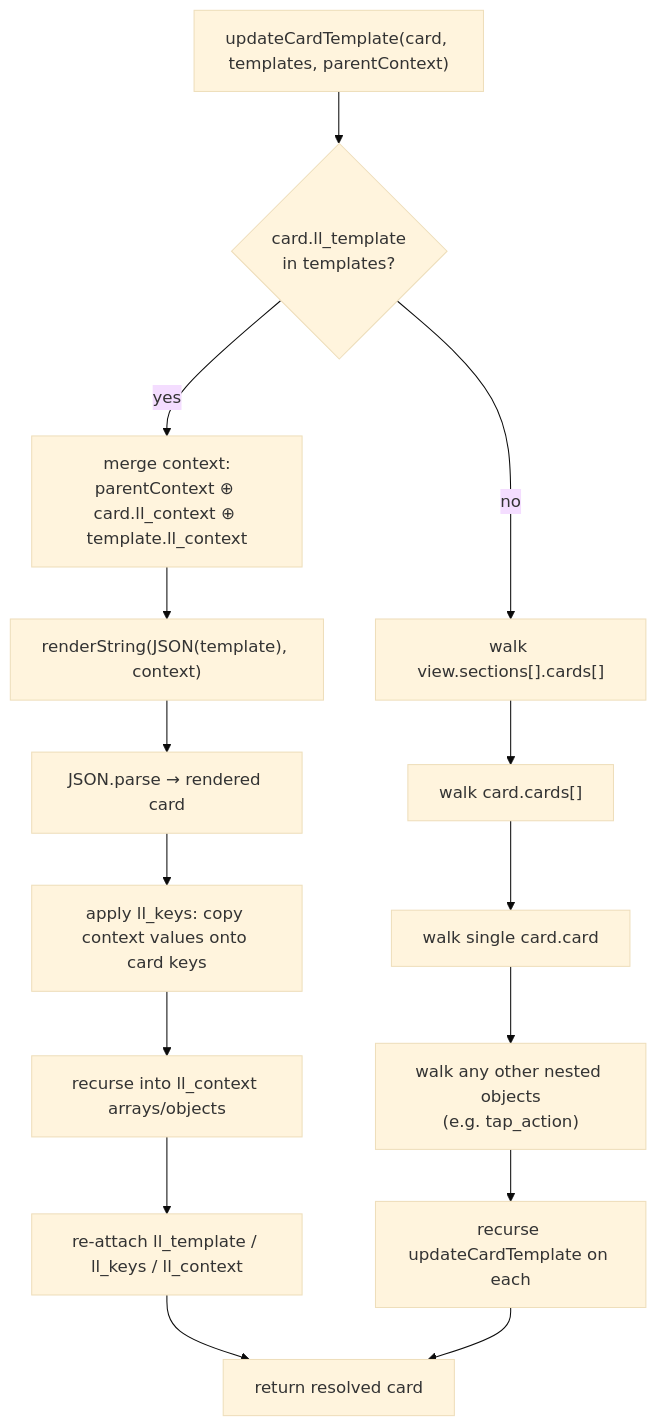
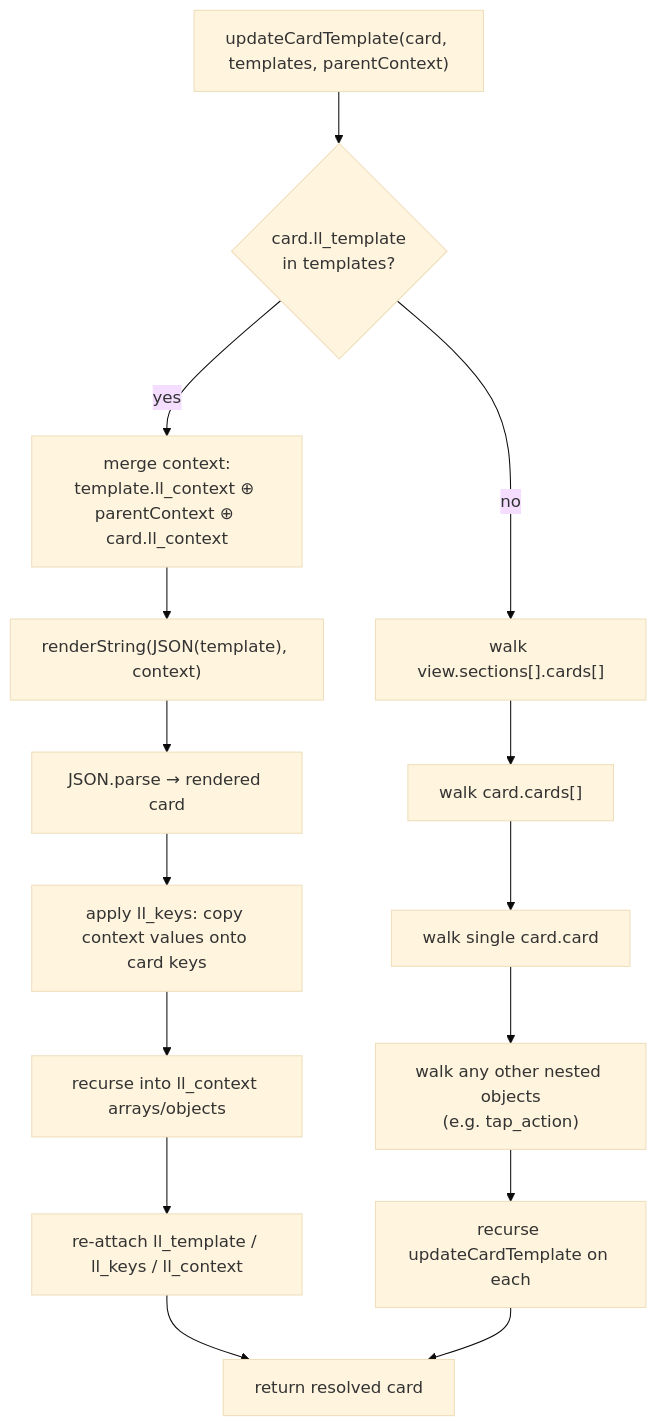
The sixth of 8 diagrams in docs_site/lifecycles.md (daredoes/linked-lovelace-ui), drawn with Mermaid (base theme) before and after one commit. The commit also changed other lines of this file and 41 other files, not shown here.

First line of the commit message:
feat: Retire the template card and warn about missing templates

````diff
--- a/docs_site/lifecycles.md
+++ b/docs_site/lifecycles.md
@@ -160,16 +159,16 @@
 ```mermaid
 flowchart TD
     A["updateCardTemplate(card, templates, parentContext)"] --> B{"card.ll_template<br/>in templates?"}
-    B -- yes --> C["merge context:<br/>parentContext ⊕ card.ll_context ⊕ template.ll_context"]
+    B -- yes --> C["merge context:<br/>template.ll_context ⊕ parentContext ⊕ card.ll_context"]
     C --> D["renderString(JSON(template), context)"]
     D --> E["JSON.parse → rendered card"]
     E --> F["apply ll_keys: copy context values onto card keys"]
     F --> G["recurse into ll_context arrays/objects"]
     G --> H["re-attach ll_template / ll_keys / ll_context"]
     B -- no --> I["walk view.sections[].cards[]"]
     I --> J["walk card.cards[]"]
     J --> K["walk single card.card"]
     K --> L["walk any other nested objects<br/>(e.g. tap_action)"]
     L --> M["recurse updateCardTemplate on each"]
     H & M --> N["return resolved card"]
 ```
````
